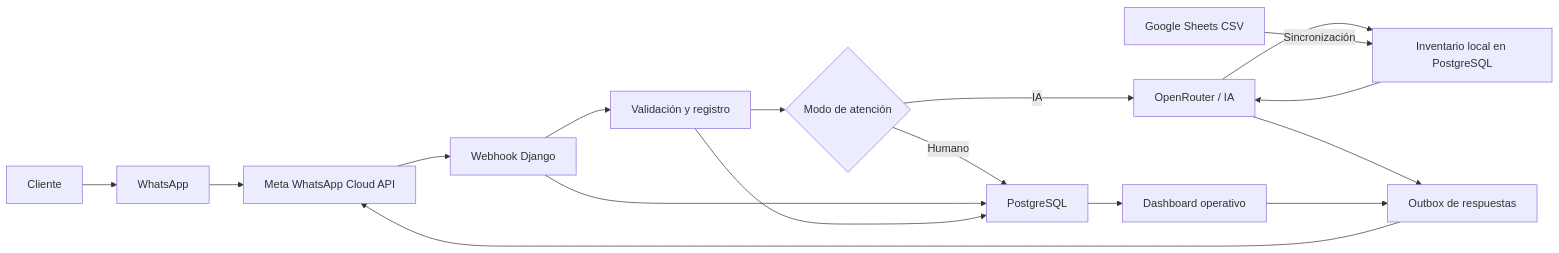
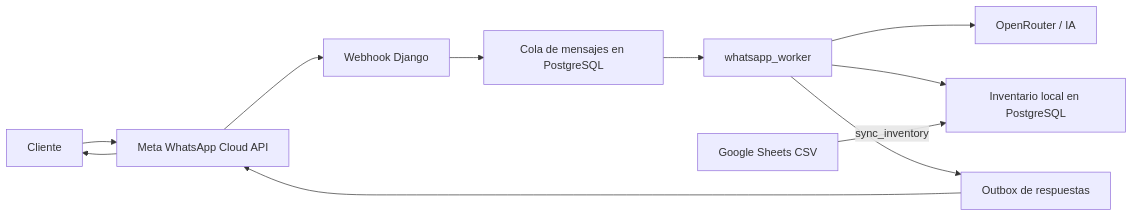
Before and after one commit to roberthbardales/chatbot2026: the diagram in arquitectura.md, drawn with Mermaid. The commit also changed other lines of this file and 90 other files, not shown here.

First line of the commit message:
Simplifica el proyecto a un bot solo de WhatsApp

````diff
--- a/arquitectura.md
+++ b/arquitectura.md
@@ -101,22 +48,13 @@
 ```mermaid
 flowchart LR
-    C[Cliente] --> W[WhatsApp]
-    W --> M[Meta WhatsApp Cloud API]
+    C[Cliente] --> M[Meta WhatsApp Cloud API]
     M --> H[Webhook Django]
-    H --> V[Validación y registro]
-    V --> D{Modo de atención}
-
-    D -->|IA| AI[OpenRouter / IA]
-    AI --> I[Inventario local en PostgreSQL]
-    GS[Google Sheets CSV] -->|Sincronización| I
-    I --> AI
-    AI --> O[Outbox de respuestas]
+    H --> Q[Cola de mensajes en PostgreSQL]
+    Q --> WK[whatsapp_worker]
+    WK --> AI[OpenRouter / IA]
+    WK --> I[Inventario local en PostgreSQL]
+    GS[Google Sheets CSV] -->|sync_inventory| I
+    WK --> O[Outbox de respuestas]
     O --> M
-
-    D -->|Humano| DB[PostgreSQL]
-    DB --> OP[Dashboard operativo]
-    OP --> O
-
-    H --> DB
-    V --> DB
+    M --> C
 ```
````
